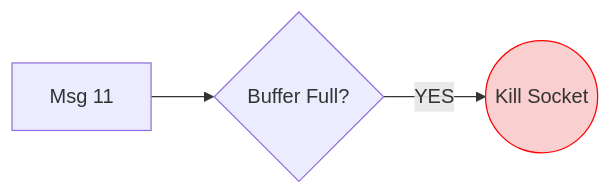
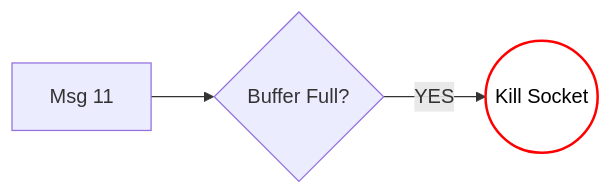
One commit to MohdMusaiyab/system-design changed the seventh of 10 diagrams in Real_Time_Backend/10_Backpressure.md. Above: the diagram before and after it, drawn with Mermaid. The commit also changed other lines of this file and 8 other files, not shown here.

````diff
--- a/Real_Time_Backend/10_Backpressure.md
+++ b/Real_Time_Backend/10_Backpressure.md
@@ -120,6 +122,6 @@
 ```mermaid
 flowchart LR
     Msg11["Msg 11"] --> S{"Buffer Full?"}
     S -- YES --> K(("Kill Socket"))
-    style K fill:#f9cfcf,stroke:#ff0000
+    style K fill:#ffffff,stroke:#ff0000,color:#000000,stroke-width:2px
 ```
````
